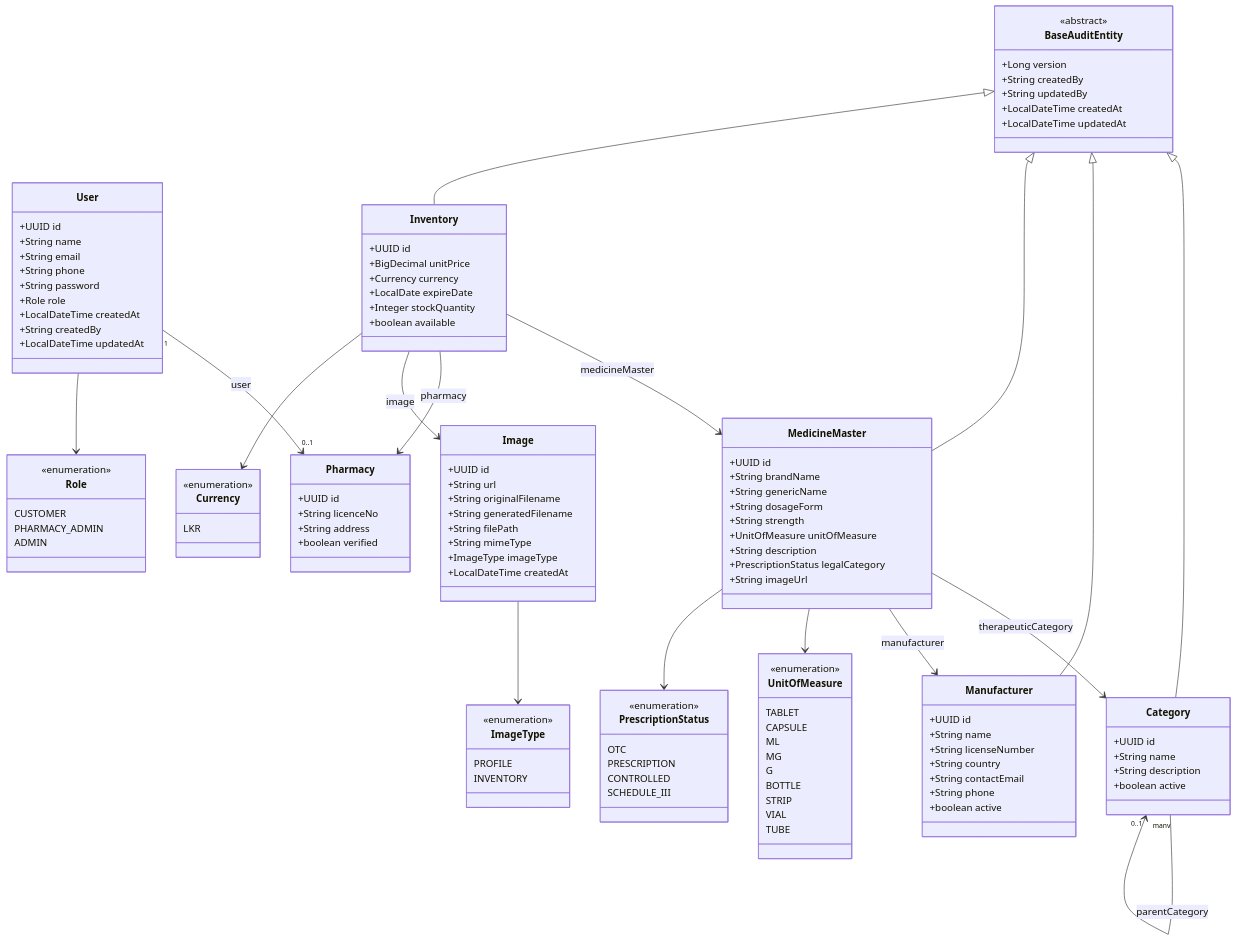
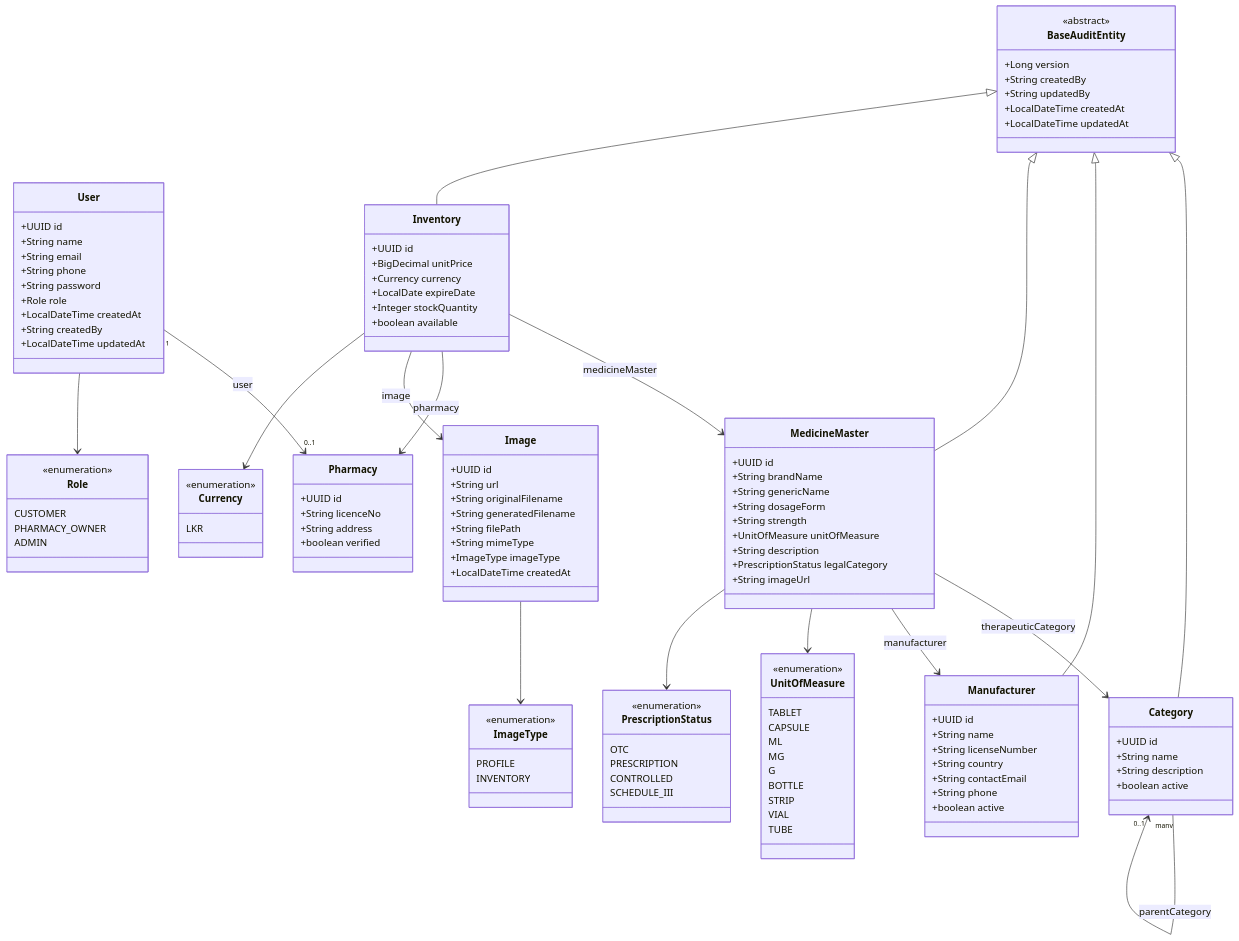
One commit to TSSwork/SuwaLink-IT3003-Project changed the diagram in README/READ_INVENTORY_MODULE.md. Above: the diagram before and after it, drawn with Mermaid. The commit also changed other lines of this file and 24 other files, not shown here.

Commit message:
refactor: rename PHARMACY_ADMIN role to PHARMACY_OWNER

```diff
--- a/README/READ_INVENTORY_MODULE.md
+++ b/README/READ_INVENTORY_MODULE.md
@@ -86,7 +86,7 @@
     class Role {
         <<enumeration>>
         CUSTOMER
-        PHARMACY_ADMIN
+        PHARMACY_OWNER
         ADMIN
     }
 
```
